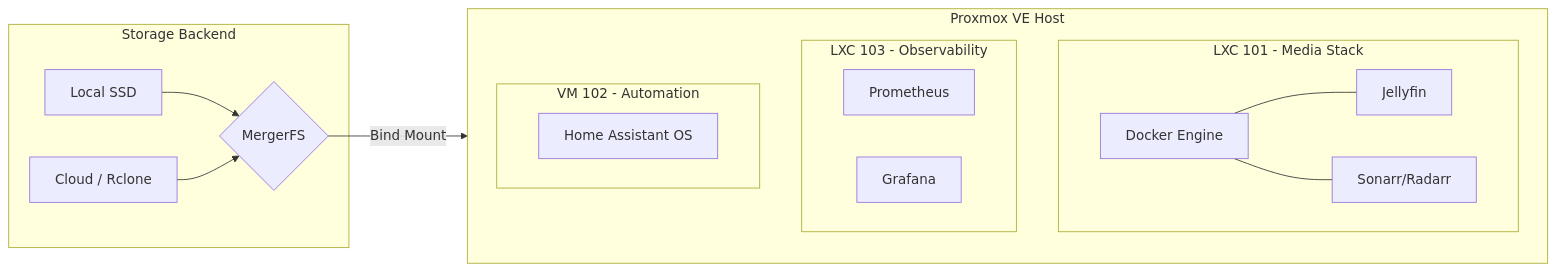
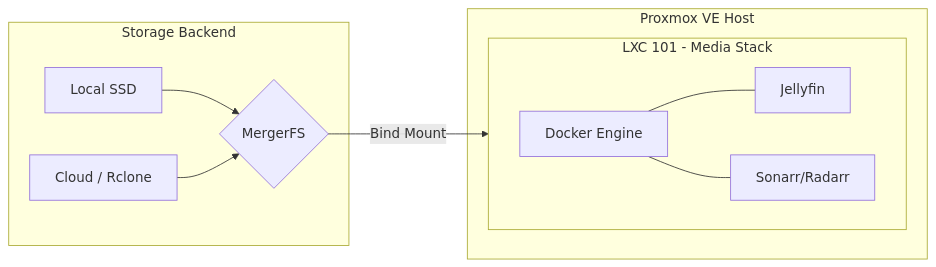
Before and after one commit to kromz-dev/homelab-infrastructure: the diagram in README.md, drawn with Mermaid. The commit also changed 1 other file, not shown here.

Commit message:
chore: decommission Home Assistant and monitoring stack, security hardening
Removed VM 102 (Home Assistant, unused) and LXC 103 (monitoring-stack,
never brought under IaC) after a full node audit. Revoked an
over-privileged SSH key granting root access from a guest LXC to the
hypervisor, and an unscoped, non-expiring Proxmox API token.

README architecture diagram now reflects the single-purpose Media
Stack node.

````diff
--- a/README.md
+++ b/README.md
@@ -31,35 +31,23 @@
 ```mermaid
 flowchart LR
     subgraph Host [Proxmox VE Host]
-        direction TB
-        
         subgraph LXC101 [LXC 101 - Media Stack]
             direction LR
             Docker1[Docker Engine]
             Jellyfin[Jellyfin]
             Arrs[Sonarr/Radarr]
             Docker1 --- Jellyfin & Arrs
-        end
-
-        subgraph LXC103 [LXC 103 - Observability]
-            direction LR
-            Prometheus[Prometheus]
-            Grafana[Grafana]
-        end
-
-        subgraph VM102 [VM 102 - Automation]
-            HA[Home Assistant OS]
         end
     end
 
     subgraph Storage [Storage Backend]
         Local[Local SSD]
         Cloud[Cloud / Rclone]
         Pool{MergerFS}
         
         Local --> Pool
         Cloud --> Pool
     end
 
     Pool -->|Bind Mount| LXC101
 ```
````
